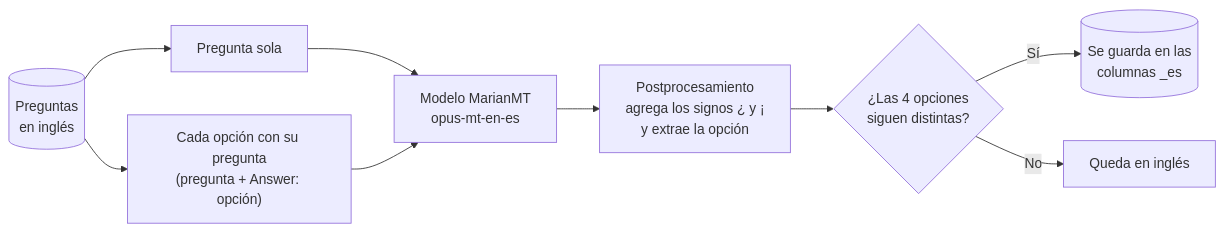
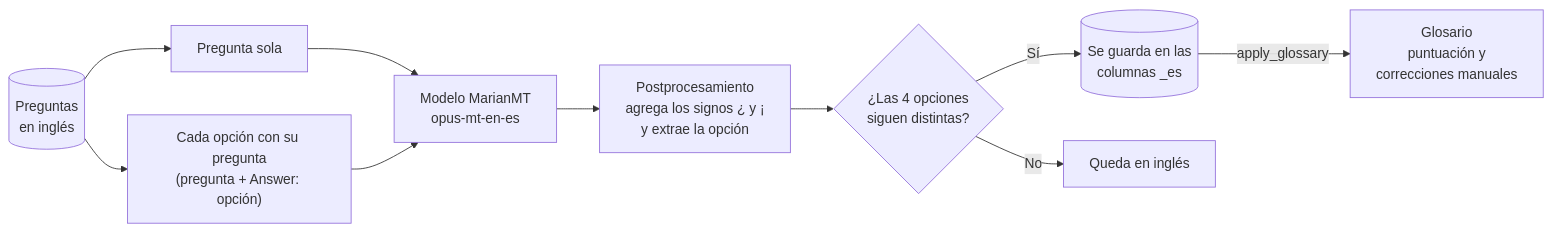
One commit to Aetther/Prac-I-Prac-Prof-II-CDIA changed the fourth of 4 diagrams in README.md. Above: the diagram before and after it, drawn with Mermaid. The commit also changed other lines of this file and 8 other files, not shown here.

Commit message:
Traducción: glosario de correcciones

````diff
--- a/README.md
+++ b/README.md
@@ -532,11 +538,12 @@
 ```mermaid
 flowchart LR
     A[(Preguntas<br/>en inglés)] --> B[Pregunta sola]
     A --> C["Cada opción con su pregunta<br/>(pregunta + Answer: opción)"]
     B --> D[Modelo MarianMT<br/>opus-mt-en-es]
     C --> D
     D --> E["Postprocesamiento<br/>agrega los signos ¿ y ¡<br/>y extrae la opción"]
     E --> F{¿Las 4 opciones<br/>siguen distintas?}
     F -->|Sí| G[(Se guarda en las<br/>columnas _es)]
+    G -->|apply_glossary| I["Glosario<br/>puntuación y<br/>correcciones manuales"]
     F -->|No| H[Queda en inglés]
 ```
````
